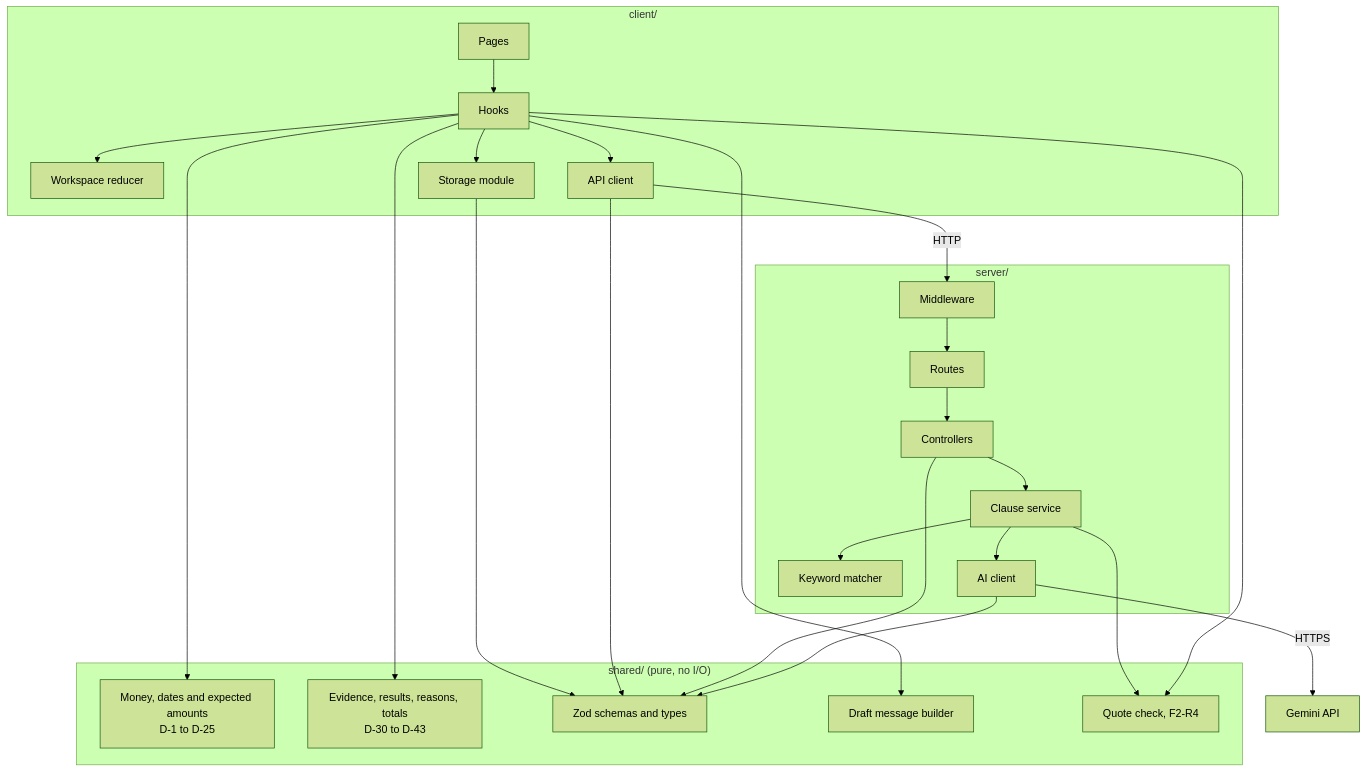
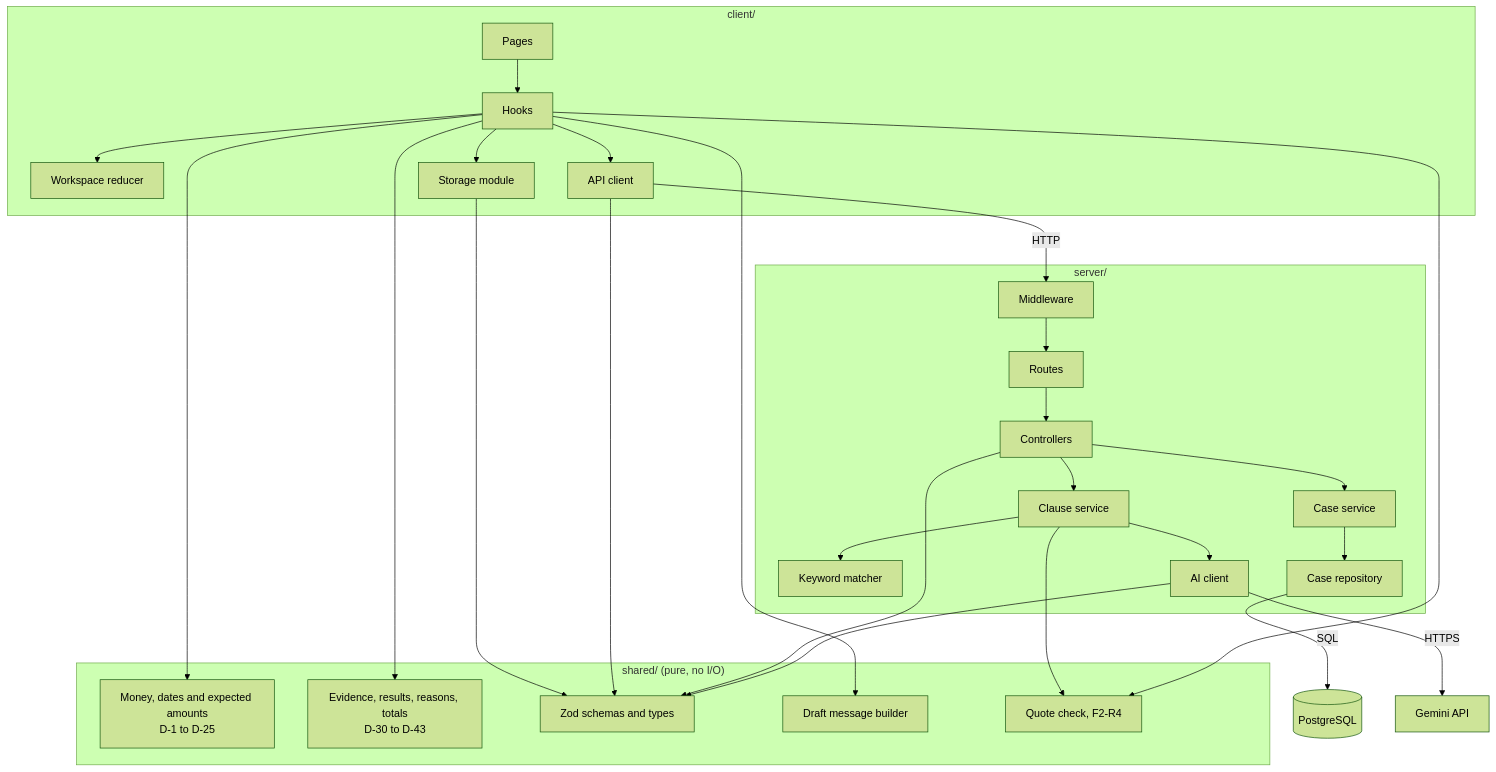
Before and after one commit to gloryh241106/RentChecker: the third of 4 diagrams in docs/design/ARCHITECTURE.md, drawn with Mermaid (forest theme). The commit also changed other lines of this file and 18 other files, not shown here.

Commit message:
docs: add optional PostgreSQL cloud save and the build workflow

````diff
--- a/docs/design/ARCHITECTURE.md
+++ b/docs/design/ARCHITECTURE.md
@@ -53,46 +56,52 @@
 ```mermaid
 flowchart TB
   subgraph client["client/"]
     pages["Pages"]
     hooks["Hooks"]
     reducer["Workspace reducer"]
     storage["Storage module"]
     apiclient["API client"]
   end
   subgraph shared["shared/ (pure, no I/O)"]
     calc["Money, dates and expected amounts<br/>D-1 to D-25"]
     rules["Evidence, results, reasons, totals<br/>D-30 to D-43"]
     schemas["Zod schemas and types"]
     draft["Draft message builder"]
     quote["Quote check, F2-R4"]
   end
   subgraph server["server/"]
     mw["Middleware"]
     routes["Routes"]
     ctrl["Controllers"]
     svc["Clause service"]
     helpers["Keyword matcher"]
     ai["AI client"]
+    cases["Case service"]
+    repo["Case repository"]
   end
+  db[("PostgreSQL")]
   gem["Gemini API"]
   pages --> hooks
   hooks --> reducer
   hooks --> storage
   hooks --> apiclient
   hooks --> calc
   hooks --> rules
   hooks --> draft
   storage --> schemas
   apiclient --> schemas
   apiclient -->|"HTTP"| mw
   mw --> routes
   routes --> ctrl
   ctrl --> schemas
   ctrl --> svc
+  ctrl --> cases
+  cases --> repo
+  repo -->|"SQL"| db
   svc --> helpers
   svc --> quote
   hooks --> quote
   svc --> ai
   ai --> schemas
   ai -->|"HTTPS"| gem
 ```
````
